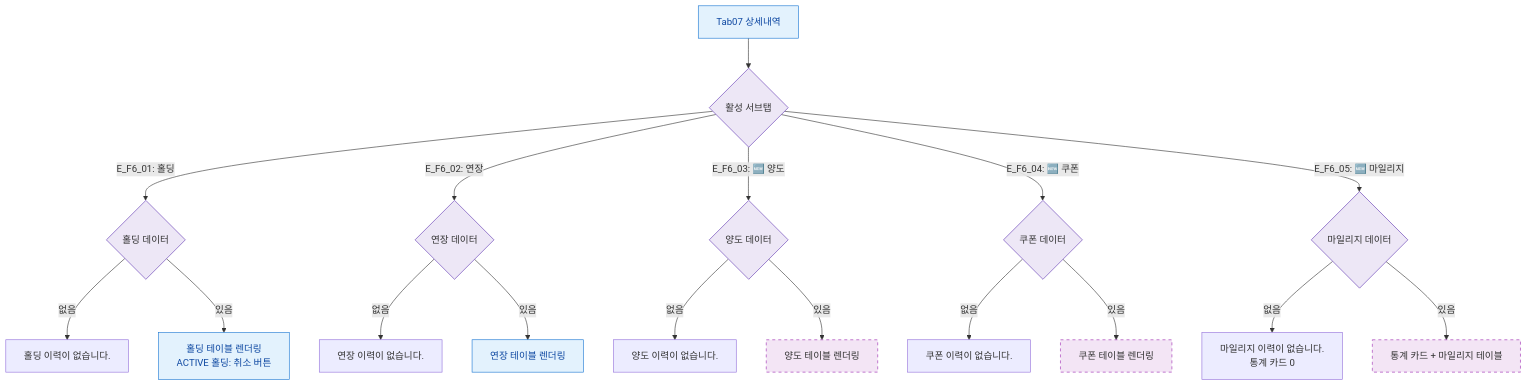
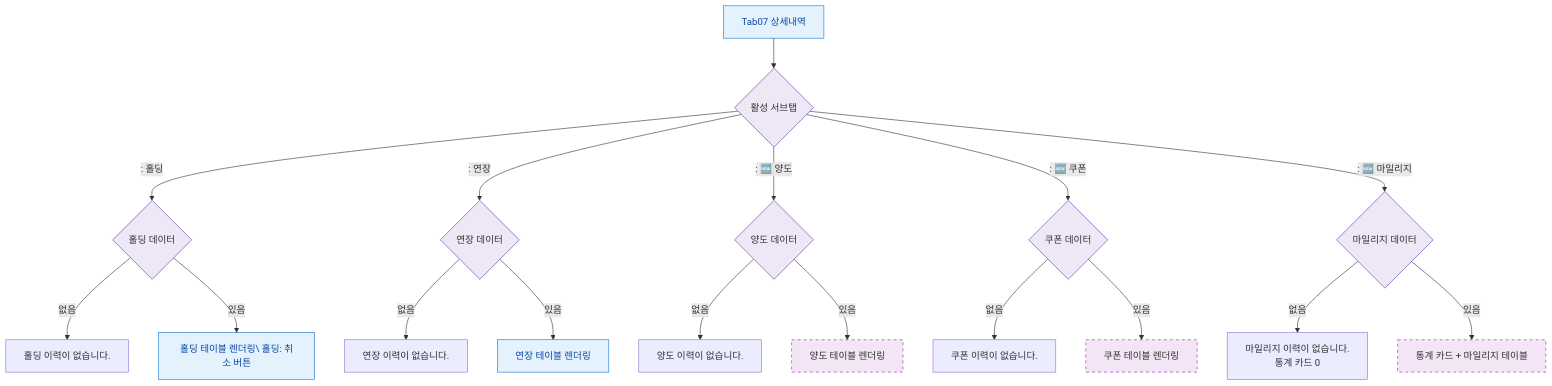
Before and after one commit to dev-spogym/admin-pando: the diagram in docs/다이어그램/D02_회원관리/SCR-M004_회원상세/Tab07_상세내역/F6_상태별.md, drawn with Mermaid. The commit also changed other lines of this file and 1660 other files, not shown here.

First line of the commit message:
다이어그램: 기획자/클라이언트 납품본으로 정리

````diff
--- a/docs/다이어그램/D02_회원관리/SCR-M004_회원상세/Tab07_상세내역/F6_상태별.md
+++ b/docs/다이어그램/D02_회원관리/SCR-M004_회원상세/Tab07_상세내역/F6_상태별.md
@@ -22,30 +20,30 @@
 ```mermaid
 flowchart TD
   TAB[Tab07 상세내역] --> S{활성 서브탭}
-  S -->|"E_F6_01: 홀딩"| H{홀딩 데이터}
-  H -->|없음| H_E[홀딩 이력이 없습니다.]
-  H -->|있음| H_N[홀딩 테이블 렌더링\nACTIVE 홀딩: 취소 버튼]
+  S -->|": 홀딩"|H{홀딩 데이터}
+  H -->|없음|H_E[홀딩 이력이 없습니다.]
+  H -->|있음|H_N[홀딩 테이블 렌더링\ 홀딩: 취소 버튼]
 
-  S -->|"E_F6_02: 연장"| E{연장 데이터}
-  E -->|없음| E_E[연장 이력이 없습니다.]
-  E -->|있음| E_N[연장 테이블 렌더링]
+  S -->|": 연장"|E{연장 데이터}
+  E -->|없음|E_E[연장 이력이 없습니다.]
+  E -->|있음|E_N[연장 테이블 렌더링]
 
-  S -->|"E_F6_03: 🆕 양도"| T{양도 데이터}
-  T -->|없음| T_E[양도 이력이 없습니다.]
-  T -->|있음| T_N[양도 테이블 렌더링]
+  S -->|": 🆕 양도"|T{양도 데이터}
+  T -->|없음|T_E[양도 이력이 없습니다.]
+  T -->|있음|T_N[양도 테이블 렌더링]
 
-  S -->|"E_F6_04: 🆕 쿠폰"| C{쿠폰 데이터}
-  C -->|없음| C_E[쿠폰 이력이 없습니다.]
-  C -->|있음| C_N[쿠폰 테이블 렌더링]
+  S -->|": 🆕 쿠폰"|C{쿠폰 데이터}
+  C -->|없음|C_E[쿠폰 이력이 없습니다.]
+  C -->|있음|C_N[쿠폰 테이블 렌더링]
 
-  S -->|"E_F6_05: 🆕 마일리지"| M{마일리지 데이터}
-  M -->|없음| M_E[마일리지 이력이 없습니다.\n통계 카드 0]
-  M -->|있음| M_N[통계 카드 + 마일리지 테이블]
+  S -->|": 🆕 마일리지"|M{마일리지 데이터}
+  M -->|없음|M_E[마일리지 이력이 없습니다.\n통계 카드 0]
+  M -->|있음|M_N[통계 카드 + 마일리지 테이블]
 
   classDef screen fill:#E3F2FD,stroke:#1976D2,color:#0D47A1
   classDef system fill:#EDE7F6,stroke:#5E35B2
   classDef newFeature fill:#F3E5F5,stroke:#9C27B0,stroke-dasharray:5 5
   class TAB,H_N,E_N screen
   class T_N,C_N,M_N newFeature
   class S,H,E,T,C,M system
 ```
````
